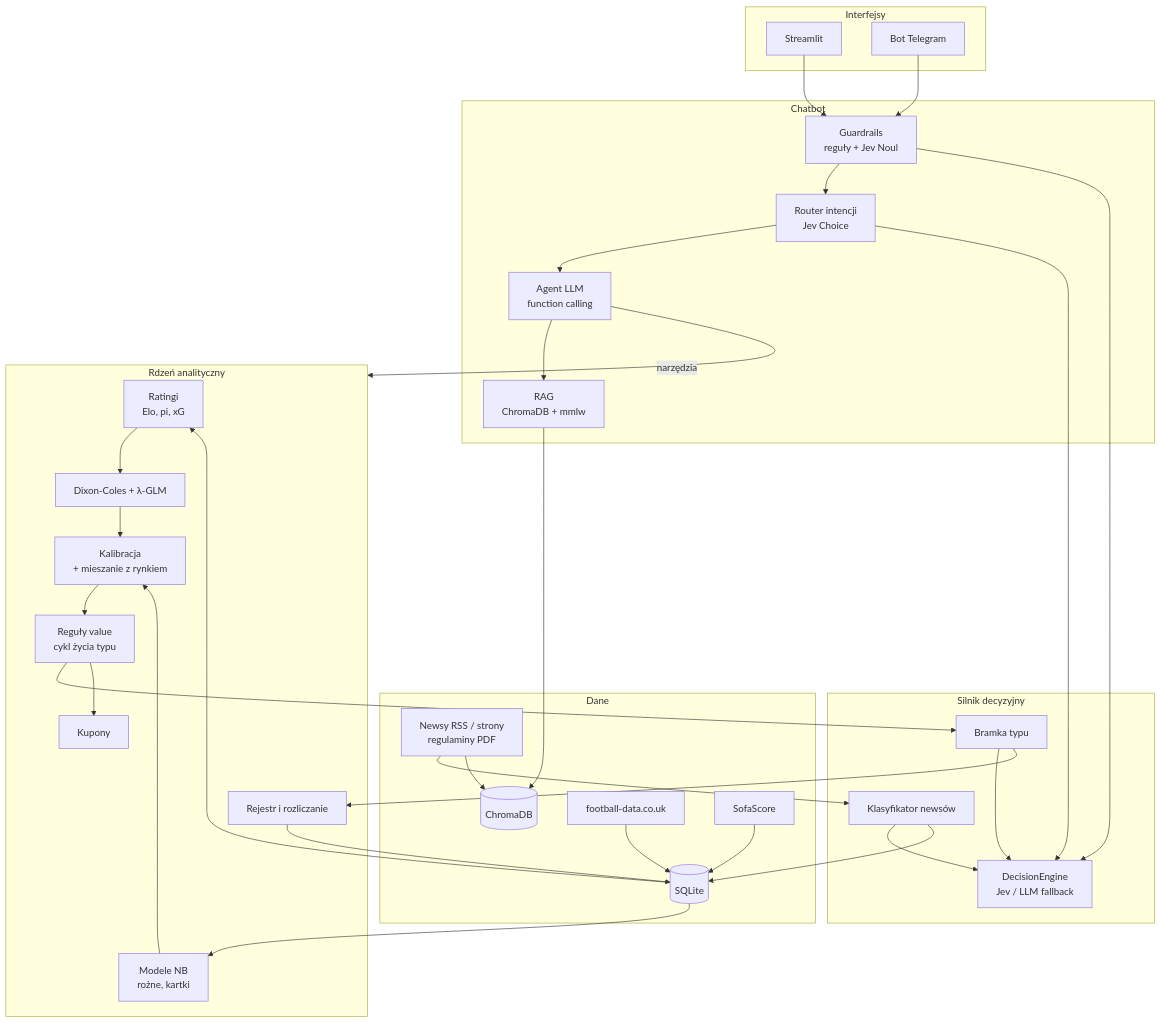
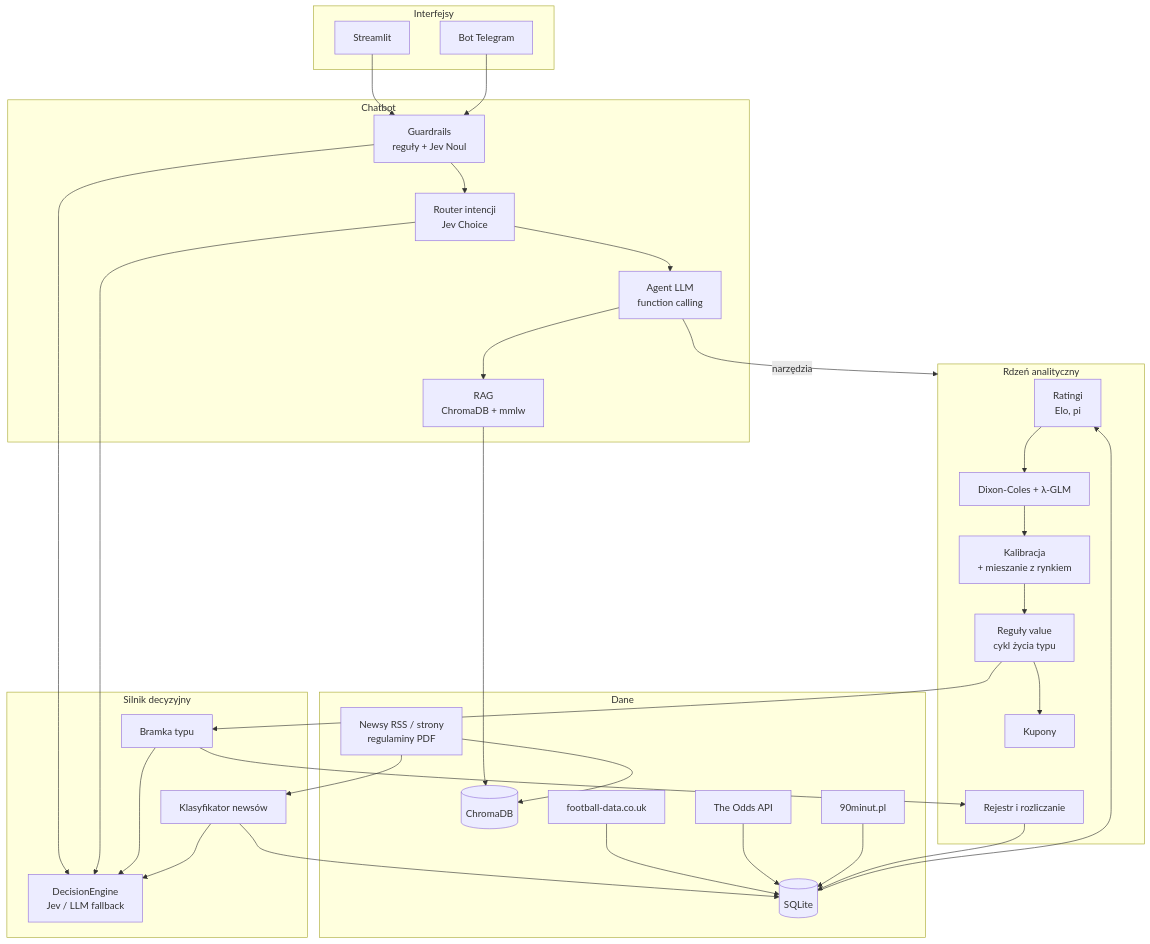
Before and after one commit to Tomek586/typer-ai: the first of 3 diagrams in docs/02-architektura.md, drawn with Mermaid. The commit also changed other lines of this file and 13 other files, not shown here.

````diff
--- a/docs/02-architektura.md
+++ b/docs/02-architektura.md
@@ -5,51 +5,50 @@
 ```mermaid
 flowchart TB
     subgraph UI[Interfejsy]
         ST[Streamlit]
         TG[Bot Telegram]
     end
 
     subgraph CHAT[Chatbot]
         ROUTER[Router intencji<br/>Jev Choice]
         AGENT[Agent LLM<br/>function calling]
         GUARD[Guardrails<br/>reguły + Jev Noul]
         RAG[RAG<br/>ChromaDB + mmlw]
     end
 
     subgraph DEC[Silnik decyzyjny]
         DE[DecisionEngine<br/>Jev / LLM fallback]
         GATE[Bramka typu]
         NEWSC[Klasyfikator newsów]
     end
 
     subgraph CORE[Rdzeń analityczny]
-        RAT[Ratingi<br/>Elo, pi, xG]
+        RAT[Ratingi<br/>Elo, pi]
         DC[Dixon-Coles + λ-GLM]
-        STATM[Modele NB<br/>rożne, kartki]
         CAL[Kalibracja<br/>+ mieszanie z rynkiem]
         PICKS[Reguły value<br/>cykl życia typu]
         COUP[Kupony]
         TRACK[Rejestr i rozliczanie]
     end
 
     subgraph DATA[Dane]
         DB[(SQLite)]
         VDB[(ChromaDB)]
         FD[football-data.co.uk]
-        SS[SofaScore]
+        OA[The Odds API]
+        NM[90minut.pl]
         NEWS[Newsy RSS / strony<br/>regulaminy PDF]
     end
 
     ST & TG --> GUARD --> ROUTER --> AGENT
     AGENT --> RAG --> VDB
     AGENT -->|narzędzia| CORE
     GUARD & ROUTER & GATE & NEWSC --> DE
-    FD & SS --> DB
+    FD & OA & NM --> DB
     NEWS --> NEWSC --> DB
     NEWS --> VDB
     DB --> RAT --> DC --> CAL
-    DB --> STATM --> CAL
     CAL --> PICKS --> GATE --> TRACK
     PICKS --> COUP
     TRACK --> DB
 ```
````
